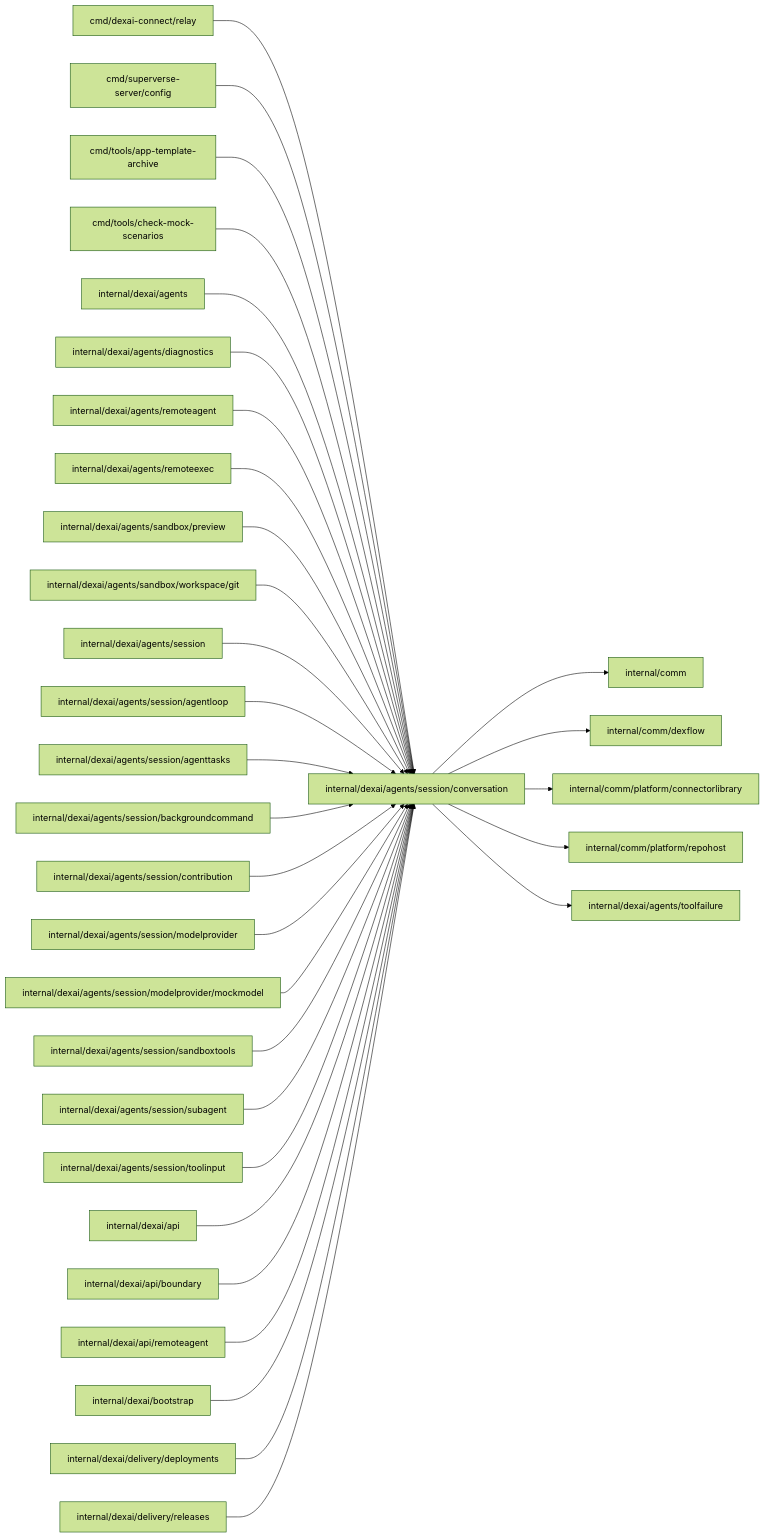
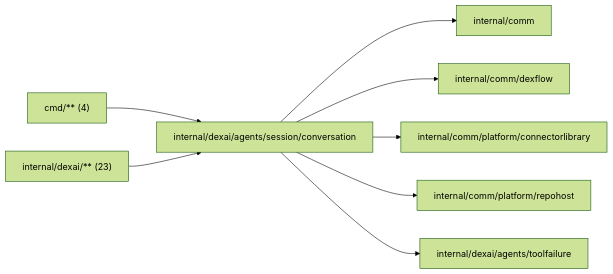
One commit to superdurable/superverse changed the diagram in internal/dexai/agents/session/conversation/README.md. Above: the diagram before and after it, drawn with Mermaid (forest theme). The commit also changed other lines of this file and 259 other files, not shown here.

````diff
--- a/internal/dexai/agents/session/conversation/README.md
+++ b/internal/dexai/agents/session/conversation/README.md
@@ -10,35 +10,11 @@
 ```mermaid
 flowchart LR
   self["internal/dexai/agents/session/conversation"]
-  c0["cmd/dexai-connect/relay"] --> self
-  c1["cmd/superverse-server/config"] --> self
-  c2["cmd/tools/app-template-archive"] --> self
-  c3["cmd/tools/check-mock-scenarios"] --> self
-  c4["internal/dexai/agents"] --> self
-  c5["internal/dexai/agents/diagnostics"] --> self
-  c6["internal/dexai/agents/remoteagent"] --> self
-  c7["internal/dexai/agents/remoteexec"] --> self
-  c8["internal/dexai/agents/sandbox/preview"] --> self
-  c9["internal/dexai/agents/sandbox/workspace/git"] --> self
-  c10["internal/dexai/agents/session"] --> self
-  c11["internal/dexai/agents/session/agentloop"] --> self
-  c12["internal/dexai/agents/session/agenttasks"] --> self
-  c13["internal/dexai/agents/session/backgroundcommand"] --> self
-  c14["internal/dexai/agents/session/contribution"] --> self
-  c15["internal/dexai/agents/session/modelprovider"] --> self
-  c16["internal/dexai/agents/session/modelprovider/mockmodel"] --> self
-  c17["internal/dexai/agents/session/sandboxtools"] --> self
-  c18["internal/dexai/agents/session/subagent"] --> self
-  c19["internal/dexai/agents/session/toolinput"] --> self
-  c20["internal/dexai/api"] --> self
-  c21["internal/dexai/api/boundary"] --> self
-  c22["internal/dexai/api/remoteagent"] --> self
-  c23["internal/dexai/bootstrap"] --> self
-  c24["internal/dexai/delivery/deployments"] --> self
-  c25["internal/dexai/delivery/releases"] --> self
+  c0["cmd/** (4)"] --> self
+  c1["internal/dexai/** (23)"] --> self
   self --> d0["internal/comm"]
   self --> d1["internal/comm/dexflow"]
   self --> d2["internal/comm/platform/connectorlibrary"]
   self --> d3["internal/comm/platform/repohost"]
   self --> d4["internal/dexai/agents/toolfailure"]
 ```
````
